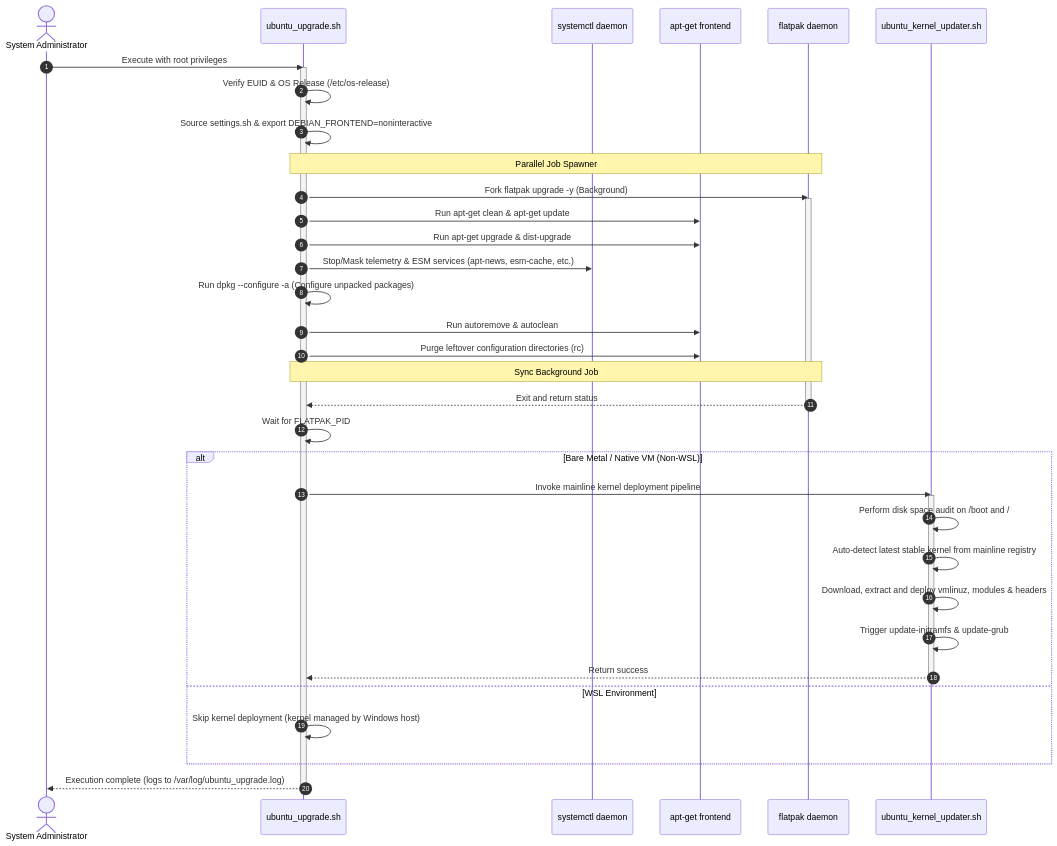
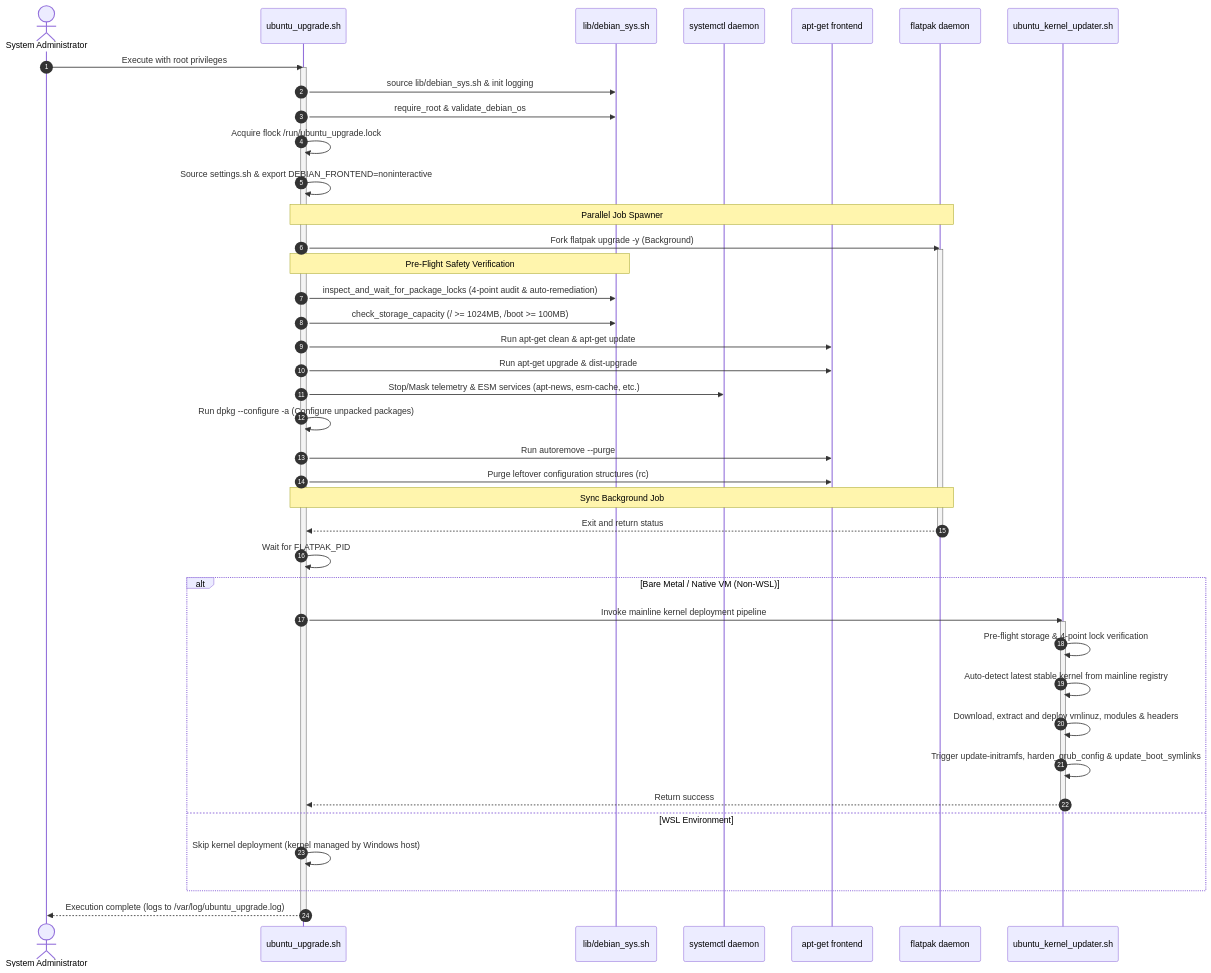
One commit to edsilegxrepo/devops changed the diagram in os_sys/ubuntu_upgrade_README.md. Above: the diagram before and after it, drawn with Mermaid. The commit also changed other lines of this file and 20 other files, not shown here.

First line of the commit message:
feat(os_sys): implement 3-tier DRY architecture, add proxmox_update, max_root, and disktemp utilities

````diff
--- a/os_sys/ubuntu_upgrade_README.md
+++ b/os_sys/ubuntu_upgrade_README.md
@@ -52,47 +55,54 @@
 ```mermaid
 sequenceDiagram
     autonumber
     actor Admin as System Administrator
     participant Upgrader as ubuntu_upgrade.sh
+    participant Lib as lib/debian_sys.sh
     participant Systemctl as systemctl daemon
     participant APT as apt-get frontend
     participant Flatpak as flatpak daemon
     participant Kernel as ubuntu_kernel_updater.sh
 
     Admin->>Upgrader: Execute with root privileges
     activate Upgrader
-    Upgrader->>Upgrader: Verify EUID & OS Release (/etc/os-release)
+    Upgrader->>Lib: source lib/debian_sys.sh & init logging
+    Upgrader->>Lib: require_root & validate_debian_os
+    Upgrader->>Upgrader: Acquire flock /run/ubuntu_upgrade.lock
     Upgrader->>Upgrader: Source settings.sh & export DEBIAN_FRONTEND=noninteractive
     
     Note over Upgrader, Flatpak: Parallel Job Spawner
     Upgrader->>Flatpak: Fork flatpak upgrade -y (Background)
     activate Flatpak
 
+    Note over Upgrader, Lib: Pre-Flight Safety Verification
+    Upgrader->>Lib: inspect_and_wait_for_package_locks (4-point audit & auto-remediation)
+    Upgrader->>Lib: check_storage_capacity (/ >= 1024MB, /boot >= 100MB)
+
     Upgrader->>APT: Run apt-get clean & apt-get update
     Upgrader->>APT: Run apt-get upgrade & dist-upgrade
     Upgrader->>Systemctl: Stop/Mask telemetry & ESM services (apt-news, esm-cache, etc.)
     Upgrader->>Upgrader: Run dpkg --configure -a (Configure unpacked packages)
-    Upgrader->>APT: Run autoremove & autoclean
-    Upgrader->>APT: Purge leftover configuration directories (rc)
+    Upgrader->>APT: Run autoremove --purge
+    Upgrader->>APT: Purge leftover configuration structures (rc)
     
     Note over Upgrader, Flatpak: Sync Background Job
     Flatpak-->>Upgrader: Exit and return status
     deactivate Flatpak
     Upgrader->>Upgrader: Wait for FLATPAK_PID
 
     alt Bare Metal / Native VM (Non-WSL)
         Upgrader->>Kernel: Invoke mainline kernel deployment pipeline
         activate Kernel
-        Kernel->>Kernel: Perform disk space audit on /boot and /
+        Kernel->>Kernel: Pre-flight storage & 4-point lock verification
         Kernel->>Kernel: Auto-detect latest stable kernel from mainline registry
         Kernel->>Kernel: Download, extract and deploy vmlinuz, modules & headers
-        Kernel->>Kernel: Trigger update-initramfs & update-grub
+        Kernel->>Kernel: Trigger update-initramfs, harden_grub_config & update_boot_symlinks
         Kernel-->>Upgrader: Return success
         deactivate Kernel
     else WSL Environment
         Upgrader->>Upgrader: Skip kernel deployment (kernel managed by Windows host)
     end
 
     Upgrader-->>Admin: Execution complete (logs to /var/log/ubuntu_upgrade.log)
     deactivate Upgrader
 ```
````
